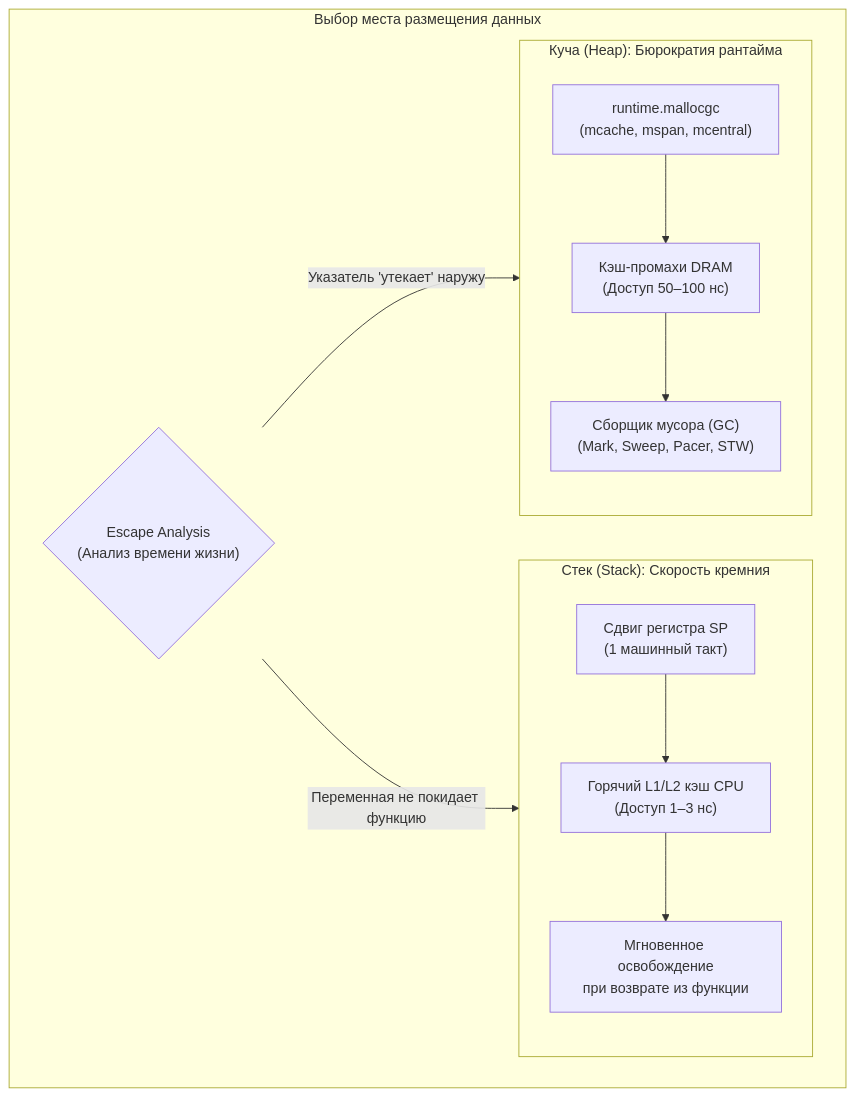
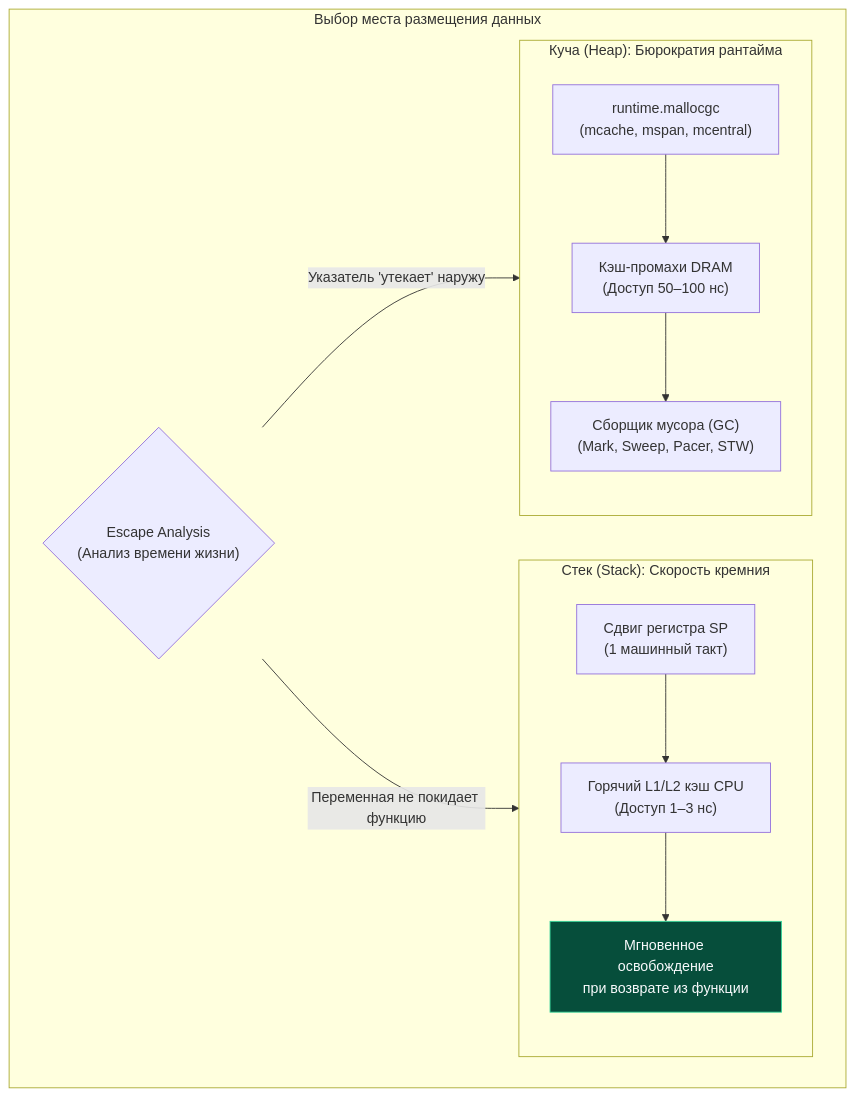
One commit to UnrealTemplier/go-textbook changed the first of 3 diagrams in sources/16. Профилирование, отладка и производительность/09. Практические оптимизации/1. Уменьшение аллокаций.md. Above: the diagram before and after it, drawn with Mermaid. The commit also changed other lines of this file and 1666 other files, not shown here.

First line of the commit message:
feat(mermaid): add semantic color classDef to 1369 colorless flowchart/graph diagrams

````diff
--- a/sources/16. Профилирование, отладка и производительность/09. Практические оптимизации/1. Уменьшение аллокаций.md
+++ b/sources/16. Профилирование, отладка и производительность/09. Практические оптимизации/1. Уменьшение аллокаций.md
@@ -7,23 +7,33 @@
 ```mermaid
 flowchart TD
+    classDef process  fill:#1e293b,stroke:#38bdf8,stroke-width:1px,color:#f8fafc
+    classDef success  fill:#064e3b,stroke:#34d399,stroke-width:1px,color:#f8fafc
+    classDef error    fill:#7f1d1d,stroke:#f87171,stroke-width:1px,color:#f8fafc
+    classDef warning  fill:#78350f,stroke:#fbbf24,stroke-width:1px,color:#f8fafc
+    classDef entry    fill:#1e3a5f,stroke:#38bdf8,stroke-width:2px,color:#f8fafc
+    classDef aux      fill:#334155,stroke:#64748b,stroke-width:1px,color:#f8fafc
+    classDef system   fill:#312e81,stroke:#a78bfa,stroke-width:1px,color:#f8fafc
+    classDef data     fill:#132d29,stroke:#2dd4bf,stroke-width:1px,color:#f8fafc
+    classDef network  fill:#881337,stroke:#fb7185,stroke-width:1px,color:#f8fafc
+    classDef accent   fill:#1e1b4b,stroke:#818cf8,stroke-width:1px,color:#f8fafc
     subgraph AllocChoice ["Выбор места размещения данных"]
         Compiler{"Escape Analysis<br/>(Анализ времени жизни)"}
         
         subgraph StackAlloc ["Стек (Stack): Скорость кремния"]
             SP["Сдвиг регистра SP<br/>(1 машинный такт)"]
             L1["Горячий L1/L2 кэш CPU<br/>(Доступ 1–3 нс)"]
-            FreeStack["Мгновенное освобождение<br/>при возврате из функции"]
+            FreeStack["Мгновенное освобождение<br/>при возврате из функции"]:::success
             SP --> L1 --> FreeStack
         end
         
         subgraph HeapAlloc ["Куча (Heap): Бюрократия рантайма"]
             Malloc["runtime.mallocgc<br/>(mcache, mspan, mcentral)"]
             Misses["Кэш-промахи DRAM<br/>(Доступ 50–100 нс)"]
             GC["Сборщик мусора (GC)<br/>(Mark, Sweep, Pacer, STW)"]
             Malloc --> Misses --> GC
         end
     end
     
     Compiler -- "Переменная не покидает функцию" --> StackAlloc
     Compiler -- "Указатель 'утекает' наружу" --> HeapAlloc
 ```
````
